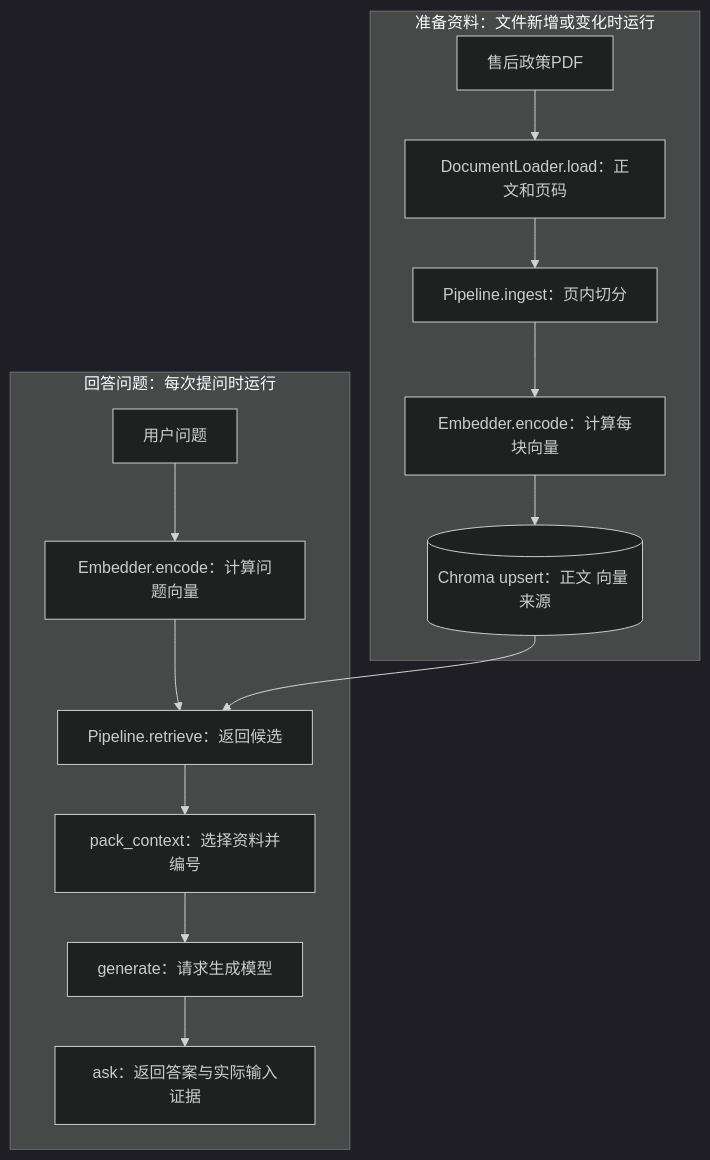
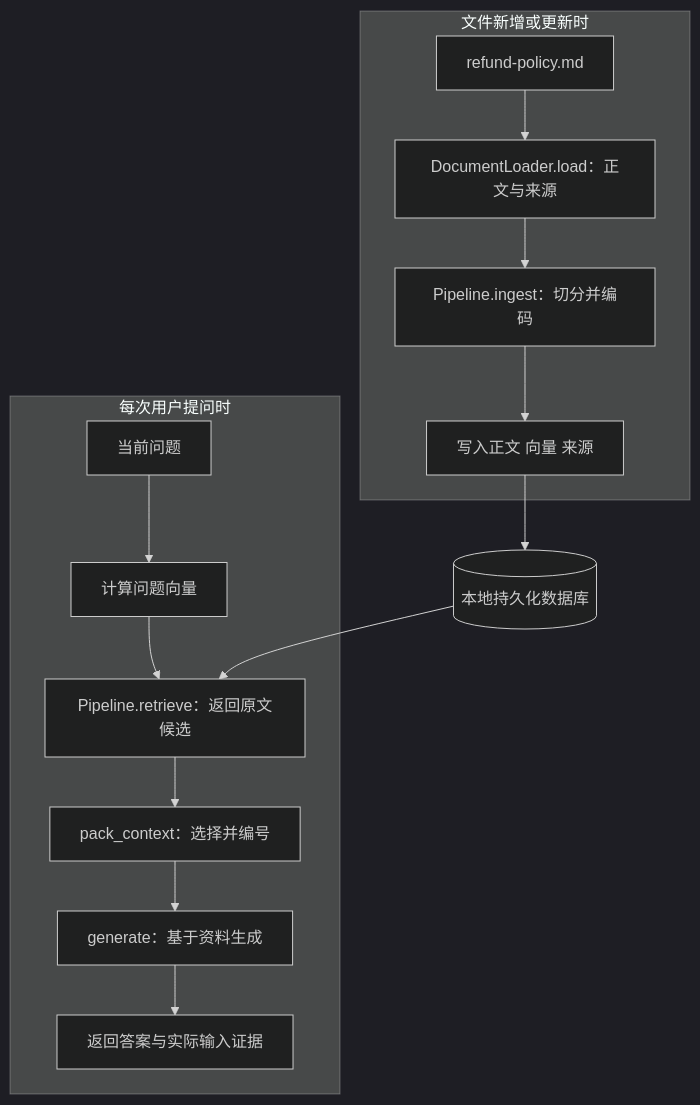
Before and after one commit to benx92/ai-learning-notes: the diagram in 13-RAG实战从文档到问答系统.md, drawn with Mermaid (dark theme). The commit also changed other lines of this file and 18 other files, not shown here.

````diff
--- a/13-RAG实战从文档到问答系统.md
+++ b/13-RAG实战从文档到问答系统.md
@@ -51,17 +34,17 @@
 ```mermaid
 flowchart TD
-    subgraph Prepare[准备资料：文件新增或变化时运行]
-        A[售后政策PDF] --> B[DocumentLoader.load：正文和页码]
-        B --> C[Pipeline.ingest：页内切分]
-        C --> D[Embedder.encode：计算每块向量]
-        D --> E[(Chroma upsert：正文 向量 来源)]
+    subgraph Prepare[文件新增或更新时]
+        A[refund-policy.md] --> B[DocumentLoader.load：正文与来源]
+        B --> C[Pipeline.ingest：切分并编码]
+        C --> D[写入正文 向量 来源]
     end
-    subgraph Answer[回答问题：每次提问时运行]
-        Q[用户问题] --> V[Embedder.encode：计算问题向量]
-        V --> R[Pipeline.retrieve：返回候选]
-        R --> S[pack_context：选择资料并编号]
-        S --> L[generate：请求生成模型]
-        L --> O[ask：返回答案与实际输入证据]
+    D --> DB[(本地持久化数据库)]
+    subgraph Answer[每次用户提问时]
+        Q[当前问题] --> V[计算问题向量]
+        V --> R[Pipeline.retrieve：返回原文候选]
+        R --> P[pack_context：选择并编号]
+        P --> G[generate：基于资料生成]
+        G --> O[返回答案与实际输入证据]
     end
-    E --> R
+    DB --> R
 ```
````
